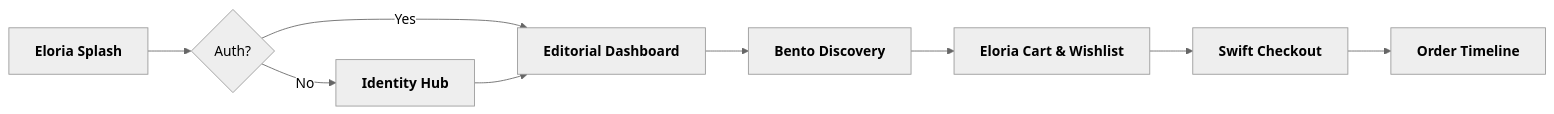
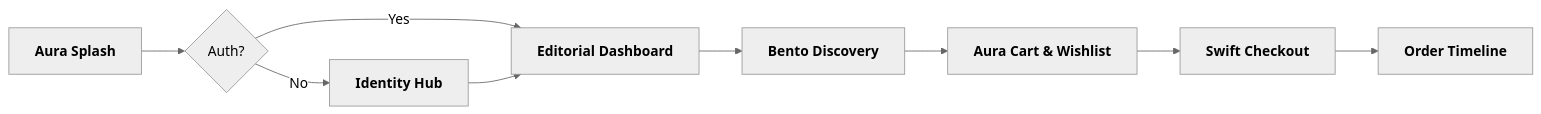
Before and after one commit to anshu-ac-dv/aura_mart: the diagram in README.md, drawn with Mermaid (neutral theme). The commit also changed other lines of this file and 21 other files, not shown here.

````diff
--- a/README.md
+++ b/README.md
@@ -37,11 +37,11 @@
 ```mermaid
 graph LR
-    A[<b>Eloria Splash</b>] --> B{Auth?}
+    A[<b>Aura Splash</b>] --> B{Auth?}
     B -- No --> C[<b>Identity Hub</b>]
     B -- Yes --> D[<b>Editorial Dashboard</b>]
     C --> D
     D --> E[<b>Bento Discovery</b>]
-    E --> F[<b>Eloria Cart & Wishlist</b>]
+    E --> F[<b>Aura Cart & Wishlist</b>]
     F --> G[<b>Swift Checkout</b>]
     G --> H[<b>Order Timeline</b>]
 ```
````
